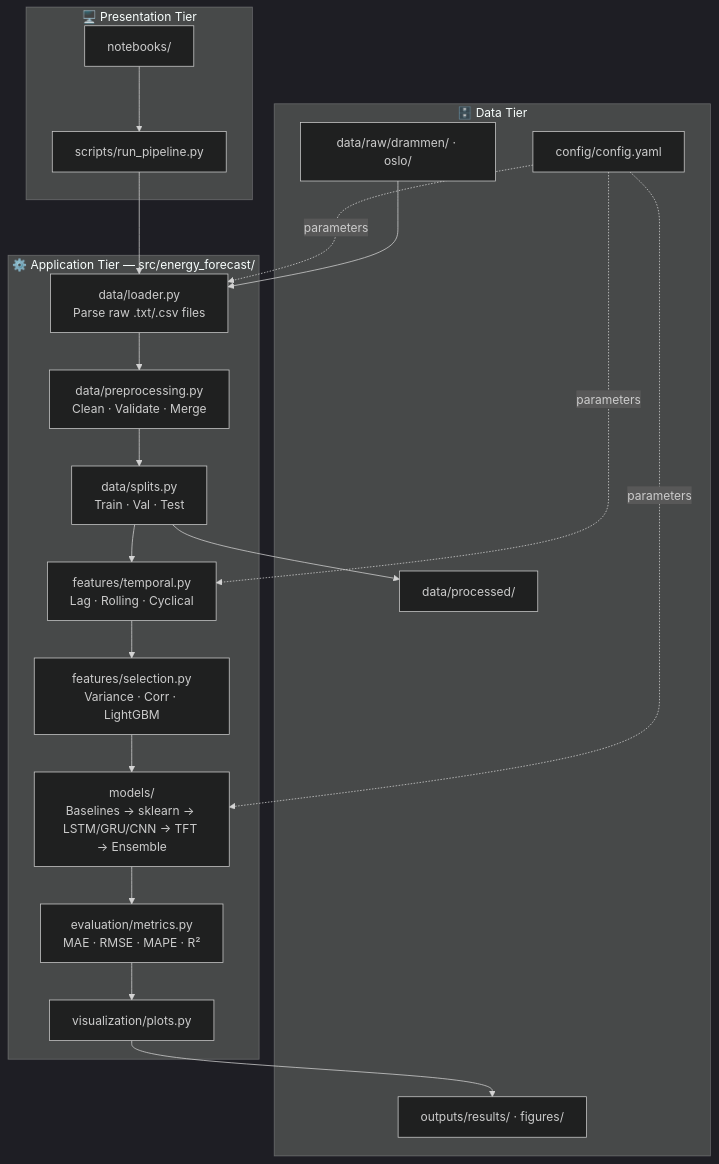
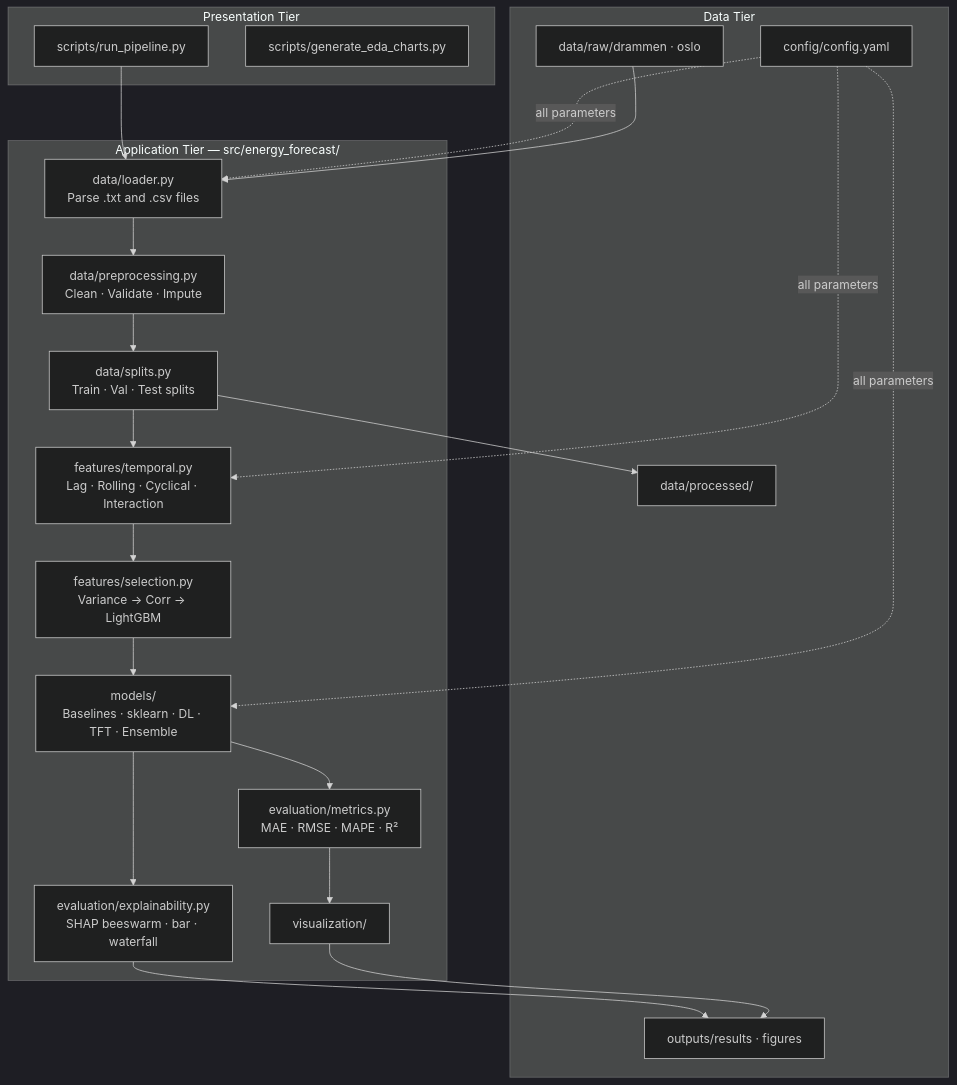
One commit to danbujoreanu/building-energy-load-forecast changed the diagram in README.md. Above: the diagram before and after it, drawn with Mermaid (dark theme). The commit also changed other lines of this file and 5 other files, not shown here.

````diff
--- a/README.md
+++ b/README.md
@@ -90,42 +93,35 @@
 ```mermaid
 graph TD
-    subgraph Presentation["🖥️ Presentation Tier"]
-        NB[notebooks/]
+    subgraph Presentation["Presentation Tier"]
         SC[scripts/run_pipeline.py]
+        EDA[scripts/generate_eda_charts.py]
     end
 
-    subgraph Application["⚙️ Application Tier — src/energy_forecast/"]
-        L[data/loader.py\nParse raw .txt/.csv files]
-        P[data/preprocessing.py\nClean · Validate · Merge]
-        SP[data/splits.py\nTrain · Val · Test]
-        T[features/temporal.py\nLag · Rolling · Cyclical]
-        FS[features/selection.py\nVariance · Corr · LightGBM]
-        M[models/\nBaselines → sklearn → LSTM/GRU/CNN → TFT → Ensemble]
+    subgraph Application["Application Tier — src/energy_forecast/"]
+        L[data/loader.py\nParse .txt and .csv files]
+        P[data/preprocessing.py\nClean · Validate · Impute]
+        SP[data/splits.py\nTrain · Val · Test splits]
+        T[features/temporal.py\nLag · Rolling · Cyclical · Interaction]
+        FS[features/selection.py\nVariance → Corr → LightGBM]
+        M[models/\nBaselines · sklearn · DL · TFT · Ensemble]
         E[evaluation/metrics.py\nMAE · RMSE · MAPE · R²]
-        V[visualization/plots.py]
+        SH[evaluation/explainability.py\nSHAP beeswarm · bar · waterfall]
+        V[visualization/]
     end
 
-    subgraph Data["🗄️ Data Tier"]
-        RAW[data/raw/drammen/ · oslo/]
+    subgraph Data["Data Tier"]
+        RAW[data/raw/drammen · oslo]
         PROC[data/processed/]
-        OUT[outputs/results/ · figures/]
+        OUT[outputs/results · figures]
         CFG[config/config.yaml]
     end
 
-    NB --> SC
     SC --> L
-    L --> P
-    P --> SP
-    SP --> T
-    T --> FS
-    FS --> M
-    M --> E
-    E --> V
-    V --> OUT
-
+    L --> P --> SP --> T --> FS --> M --> E --> V --> OUT
+    M --> SH --> OUT
     RAW --> L
-    CFG -.->|parameters| L
-    CFG -.->|parameters| T
-    CFG -.->|parameters| M
+    CFG -.->|all parameters| L
+    CFG -.->|all parameters| T
+    CFG -.->|all parameters| M
     SP --> PROC
 ```
````
